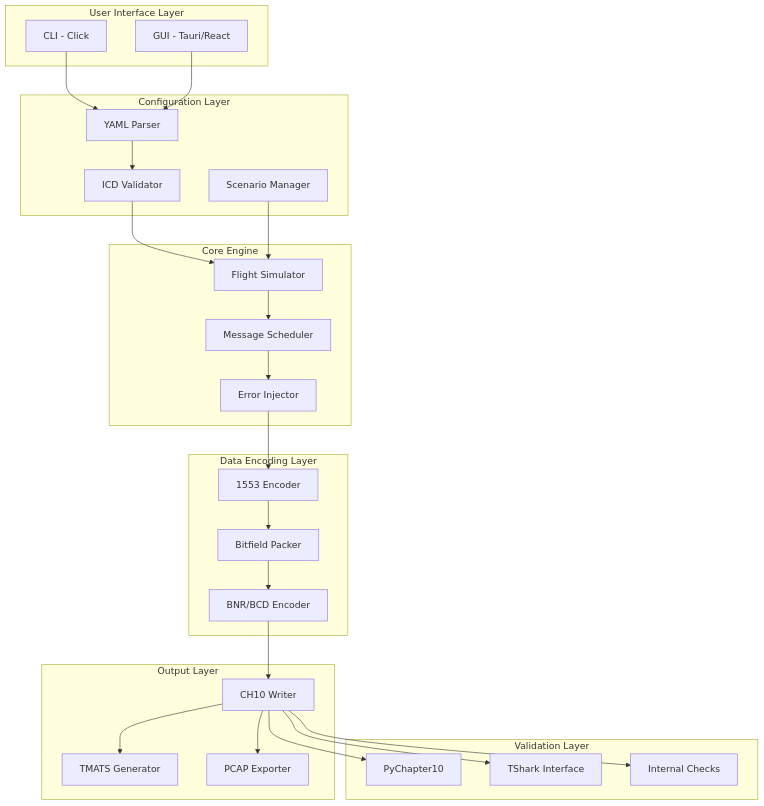
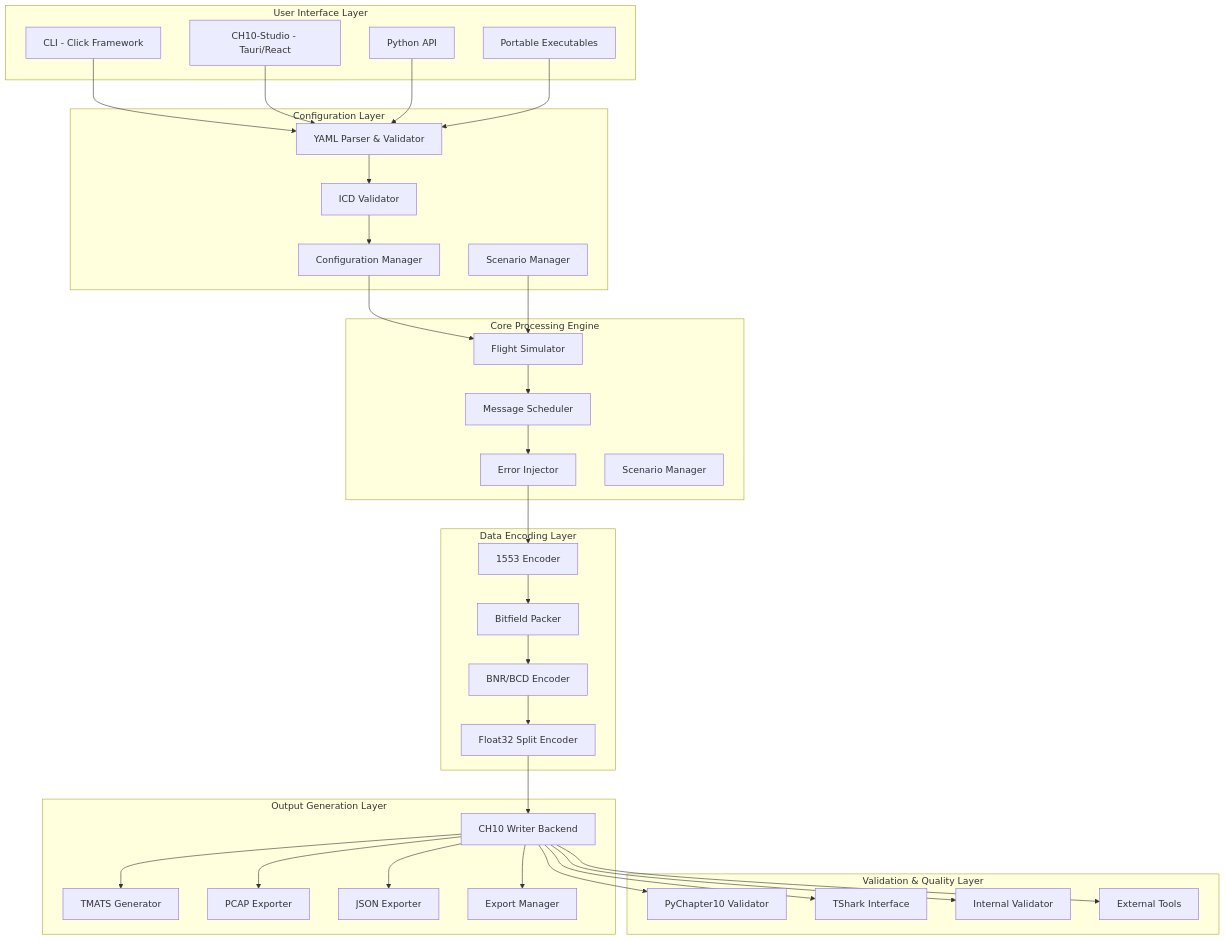
The first of 3 diagrams in high_level_docs/LEVEL_2_TECHNICAL_OVERVIEW.md (Anthonymm0994/ch10-1553-flightgen), drawn with Mermaid before and after one commit. The commit also changed other lines of this file and 2 other files, not shown here.

Commit message:
higher level docs

````diff
--- a/high_level_docs/LEVEL_2_TECHNICAL_OVERVIEW.md
+++ b/high_level_docs/LEVEL_2_TECHNICAL_OVERVIEW.md
@@ -23,54 +25,74 @@
 ```mermaid
 graph TB
     subgraph "User Interface Layer"
-        CLI[CLI - Click]
-        GUI[GUI - Tauri/React]
+        CLI[CLI - Click Framework]
+        GUI[CH10-Studio - Tauri/React]
+        API[Python API]
+        PORT[Portable Executables]
     end
     
     subgraph "Configuration Layer"
-        YAML[YAML Parser]
+        YAML[YAML Parser & Validator]
         ICDV[ICD Validator]
         SCMGR[Scenario Manager]
+        CONFIG[Configuration Manager]
     end
     
-    subgraph "Core Engine"
+    subgraph "Core Processing Engine"
         FS[Flight Simulator]
         MS[Message Scheduler]
         EI[Error Injector]
+        SM[Scenario Manager]
     end
     
     subgraph "Data Encoding Layer"
         E1553[1553 Encoder]
         BP[Bitfield Packer]
         EBNR[BNR/BCD Encoder]
+        FLOAT[Float32 Split Encoder]
     end
     
-    subgraph "Output Layer"
-        CW[CH10 Writer]
+    subgraph "Output Generation Layer"
+        CW[CH10 Writer Backend]
         TG[TMATS Generator]
         PE[PCAP Exporter]
+        JSON[JSON Exporter]
+        EXPORT[Export Manager]
     end
     
-    subgraph "Validation Layer"
-        PC[PyChapter10]
+    subgraph "Validation & Quality Layer"
+        PC[PyChapter10 Validator]
         TS[TShark Interface]
-        IC[Internal Checks]
+        IC[Internal Validator]
+        EXT[External Tools]
     end
     
     CLI --> YAML
     GUI --> YAML
+    API --> YAML
+    PORT --> YAML
+    
     YAML --> ICDV
-    ICDV --> FS
+    ICDV --> CONFIG
+    CONFIG --> FS
     SCMGR --> FS
+    
     FS --> MS
     MS --> EI
     EI --> E1553
+    
     E1553 --> BP
     BP --> EBNR
-    EBNR --> CW
+    EBNR --> FLOAT
+    FLOAT --> CW
+    
     CW --> TG
     CW --> PE
+    CW --> JSON
+    CW --> EXPORT
+    
     CW --> PC
     CW --> TS
     CW --> IC
+    CW --> EXT
 ```
````
